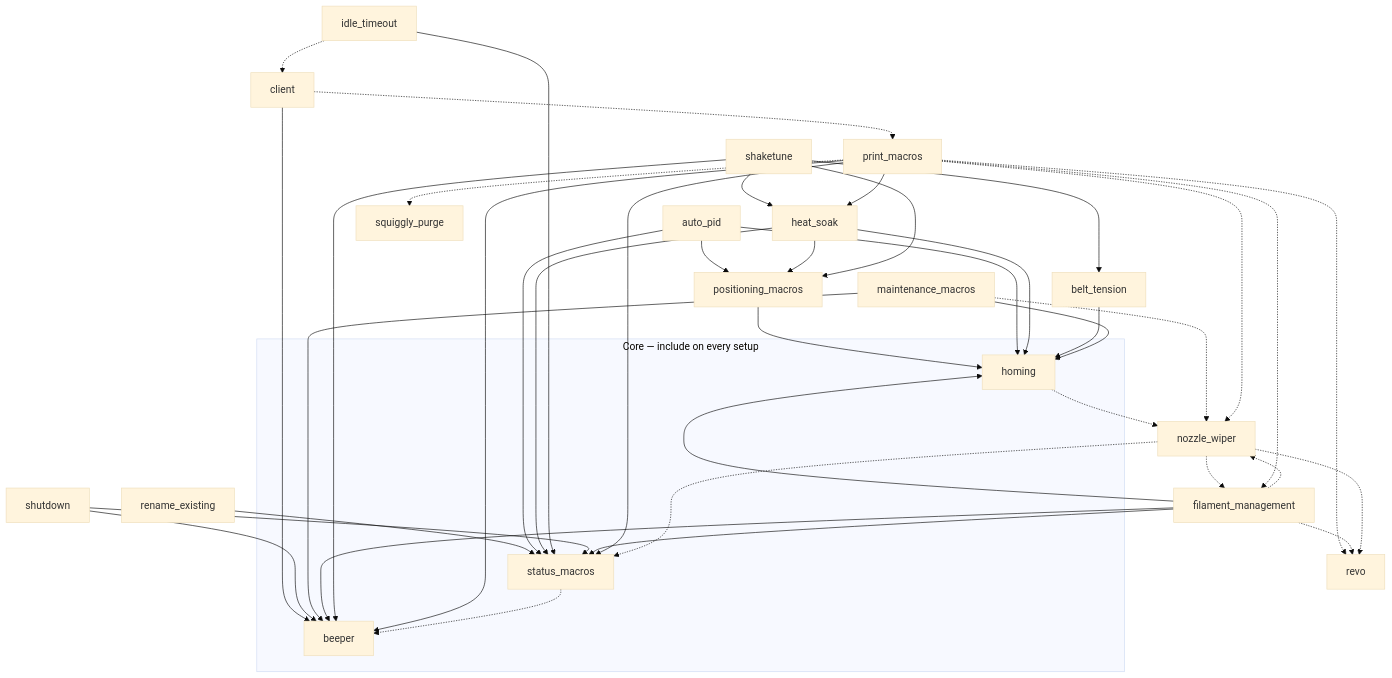
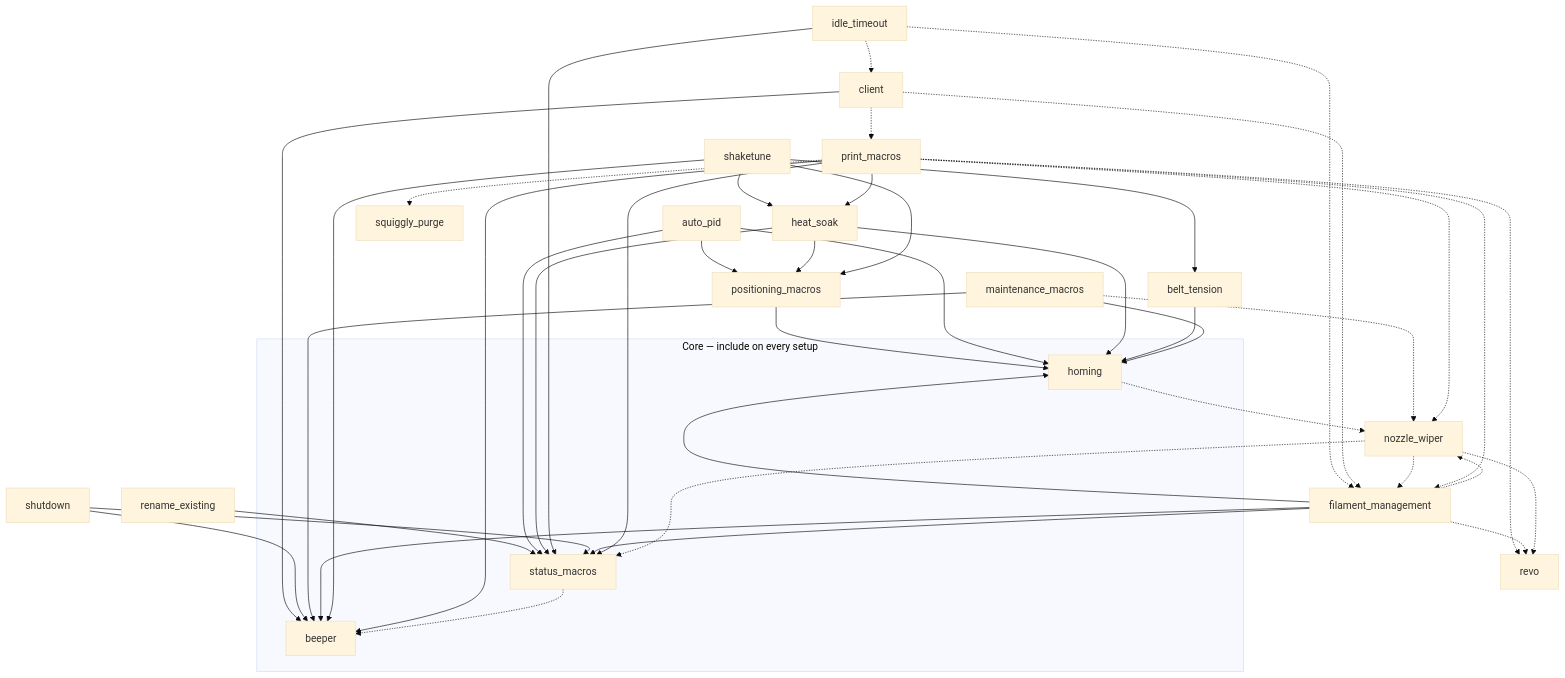
One commit to NerdyGriffin/klipper-nerdygriffin-macros changed the diagram in docs/DEPENDENCIES.md. Above: the diagram before and after it, drawn with Mermaid (base theme). The commit also changed other lines of this file and 8 other files, not shown here.

````diff
--- a/docs/DEPENDENCIES.md
+++ b/docs/DEPENDENCIES.md
@@ -43,51 +43,53 @@
 ```mermaid
 graph TD
   subgraph core["Core — include on every setup"]
     beeper
     status_macros
     homing
   end
 
   %% ---- required (solid) ----
   positioning_macros --> homing
   rename_existing --> status_macros
   auto_pid --> homing
   auto_pid --> positioning_macros
   auto_pid --> status_macros
   heat_soak --> homing
   heat_soak --> positioning_macros
   heat_soak --> status_macros
   belt_tension --> homing
   client --> beeper
   idle_timeout --> status_macros
   shutdown --> status_macros
   shutdown --> beeper
   maintenance_macros --> homing
   maintenance_macros --> beeper
   filament_management --> homing
   filament_management --> status_macros
   filament_management --> beeper
   shaketune --> positioning_macros
   shaketune --> beeper
   shaketune --> belt_tension
   shaketune --> heat_soak
   print_macros --> beeper
   print_macros --> heat_soak
   print_macros --> status_macros
 
   %% ---- optional (dashed) ----
   idle_timeout -.-> client
+  idle_timeout -.-> filament_management
   client -.-> print_macros
+  client -.-> filament_management
   status_macros -.-> beeper
   homing -.-> nozzle_wiper
   maintenance_macros -.-> nozzle_wiper
   filament_management -.-> nozzle_wiper
   nozzle_wiper -.-> status_macros
   nozzle_wiper -.-> filament_management
   print_macros -.-> squiggly_purge
   print_macros -.-> nozzle_wiper
   print_macros -.-> filament_management
   print_macros -.-> revo
   filament_management -.-> revo
   nozzle_wiper -.-> revo
 ```
````
